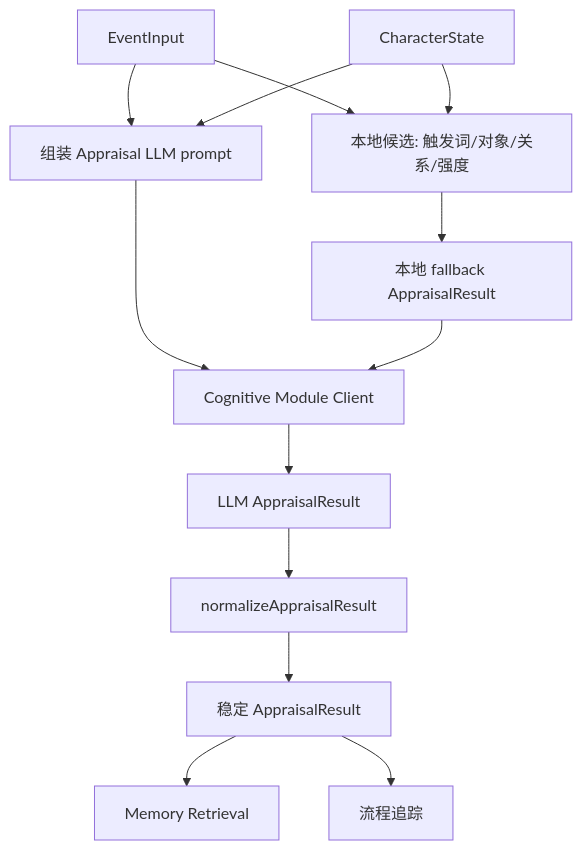
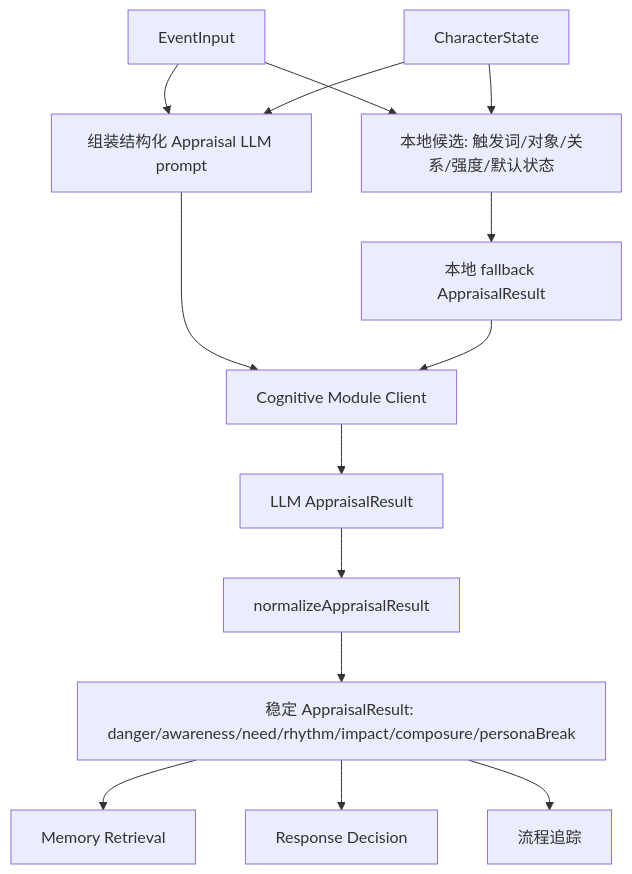
Before and after one commit to ttmanthatman/virtual-human-flow: diagram 16 of 31 in docs/SYSTEM_FLOW.md, drawn with Mermaid. The commit also changed other lines of this file and 10 other files, not shown here.

First line of the commit message:
feat: expand appraisal response routing

````diff
--- a/docs/SYSTEM_FLOW.md
+++ b/docs/SYSTEM_FLOW.md
@@ -422,15 +424,16 @@
 ```mermaid
 flowchart TD
-    E["EventInput"] --> LOCAL["本地候选: 触发词/对象/关系/强度"]
+    E["EventInput"] --> LOCAL["本地候选: 触发词/对象/关系/强度/默认状态"]
     S["CharacterState"] --> LOCAL
     LOCAL --> MOCK["本地 fallback AppraisalResult"]
-    E --> PROMPT["组装 Appraisal LLM prompt"]
+    E --> PROMPT["组装结构化 Appraisal LLM prompt"]
     S --> PROMPT
     PROMPT --> CLIENT["Cognitive Module Client"]
     MOCK --> CLIENT
     CLIENT --> RAW["LLM AppraisalResult"]
     RAW --> NORM["normalizeAppraisalResult"]
-    NORM --> OUT["稳定 AppraisalResult"]
+    NORM --> OUT["稳定 AppraisalResult: danger/awareness/need/rhythm/impact/composure/personaBreak"]
     OUT --> MEM["Memory Retrieval"]
+    OUT --> DECISION["Response Decision"]
     OUT --> TRACE["流程追踪"]
 ```
````
